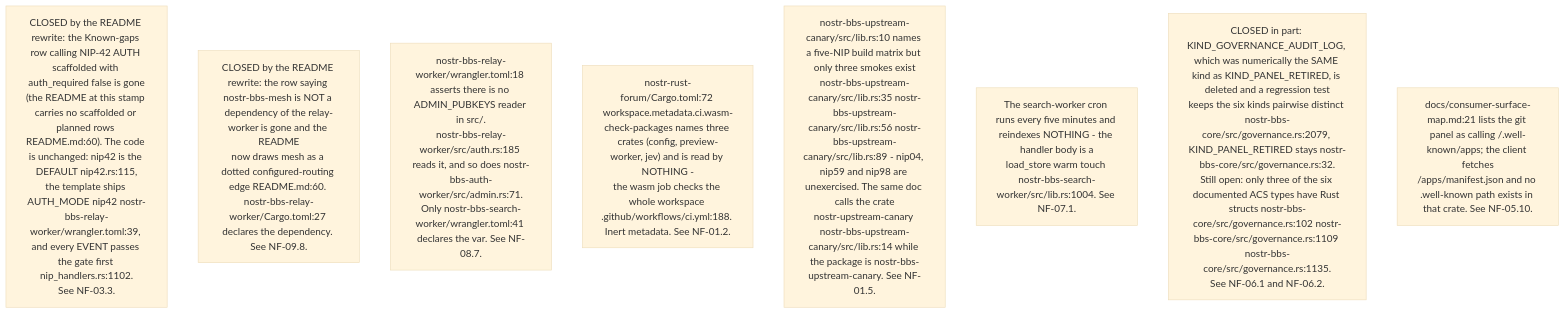
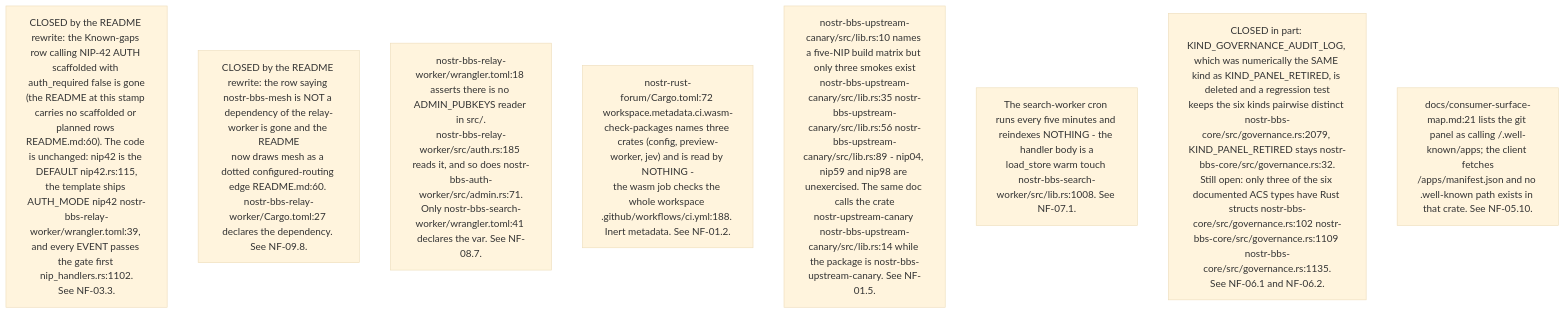
Before and after one commit to DreamLab-AI/VisionFlow: the fifth of 10 diagrams in docs/diagrams/nostr-rust-forum/10-invariants-and-anomaly-register.md, drawn with Mermaid (base theme). The commit also changed other lines of this file and 142 other files, not shown here.

First line of the commit message:
docs(diagrams): one System One route; re-verify 140 topics at today's heads

````diff
--- a/docs/diagrams/nostr-rust-forum/10-invariants-and-anomaly-register.md
+++ b/docs/diagrams/nostr-rust-forum/10-invariants-and-anomaly-register.md
@@ -130,11 +130,11 @@
 ```mermaid
 flowchart TB
     DD1["CLOSED by the README rewrite: the Known-gaps row calling NIP-42 AUTH scaffolded with auth_required false is gone<br/>(the README at this stamp carries no scaffolded or planned rows README.md:60). The code is unchanged: nip42 is the DEFAULT nip42.rs:115,<br/>the template ships AUTH_MODE nip42 nostr-bbs-relay-worker/wrangler.toml:39, and every EVENT passes the gate first nip_handlers.rs:1102.<br/>See NF-03.3."]
     DD2["CLOSED by the README rewrite: the row saying nostr-bbs-mesh is NOT a dependency of the relay-worker is gone and the README<br/>now draws mesh as a dotted configured-routing edge README.md:60. nostr-bbs-relay-worker/Cargo.toml:27 declares the dependency. See NF-09.8."]
     DD3["nostr-bbs-relay-worker/wrangler.toml:18 asserts there is no ADMIN_PUBKEYS reader in src/.<br/>nostr-bbs-relay-worker/src/auth.rs:185 reads it, and so does nostr-bbs-auth-worker/src/admin.rs:71.<br/>Only nostr-bbs-search-worker/wrangler.toml:41 declares the var. See NF-08.7."]
     DD4["nostr-rust-forum/Cargo.toml:72 workspace.metadata.ci.wasm-check-packages names three crates (config, preview-worker, jev) and is read by NOTHING -<br/>the wasm job checks the whole workspace .github/workflows/ci.yml:188. Inert metadata. See NF-01.2."]
     DD5["nostr-bbs-upstream-canary/src/lib.rs:10 names a five-NIP build matrix but only three smokes exist<br/>nostr-bbs-upstream-canary/src/lib.rs:35 nostr-bbs-upstream-canary/src/lib.rs:56 nostr-bbs-upstream-canary/src/lib.rs:89 - nip04, nip59 and nip98 are unexercised. The same doc calls the crate<br/>nostr-upstream-canary nostr-bbs-upstream-canary/src/lib.rs:14 while the package is nostr-bbs-upstream-canary. See NF-01.5."]
-    DD6["The search-worker cron runs every five minutes and reindexes NOTHING - the handler body is a<br/>load_store warm touch nostr-bbs-search-worker/src/lib.rs:1004. See NF-07.1."]
+    DD6["The search-worker cron runs every five minutes and reindexes NOTHING - the handler body is a<br/>load_store warm touch nostr-bbs-search-worker/src/lib.rs:1008. See NF-07.1."]
     DD7["CLOSED in part: KIND_GOVERNANCE_AUDIT_LOG, which was numerically the SAME kind as KIND_PANEL_RETIRED, is deleted and a regression test<br/>keeps the six kinds pairwise distinct nostr-bbs-core/src/governance.rs:2079, KIND_PANEL_RETIRED stays nostr-bbs-core/src/governance.rs:32.<br/>Still open: only three of the six documented ACS types have Rust structs nostr-bbs-core/src/governance.rs:102 nostr-bbs-core/src/governance.rs:1109 nostr-bbs-core/src/governance.rs:1135.<br/>See NF-06.1 and NF-06.2."]
     DD8["docs/consumer-surface-map.md:21 lists the git panel as calling /.well-known/apps; the client fetches<br/>/apps/manifest.json and no .well-known path exists in that crate. See NF-05.10."]
 ```
````
